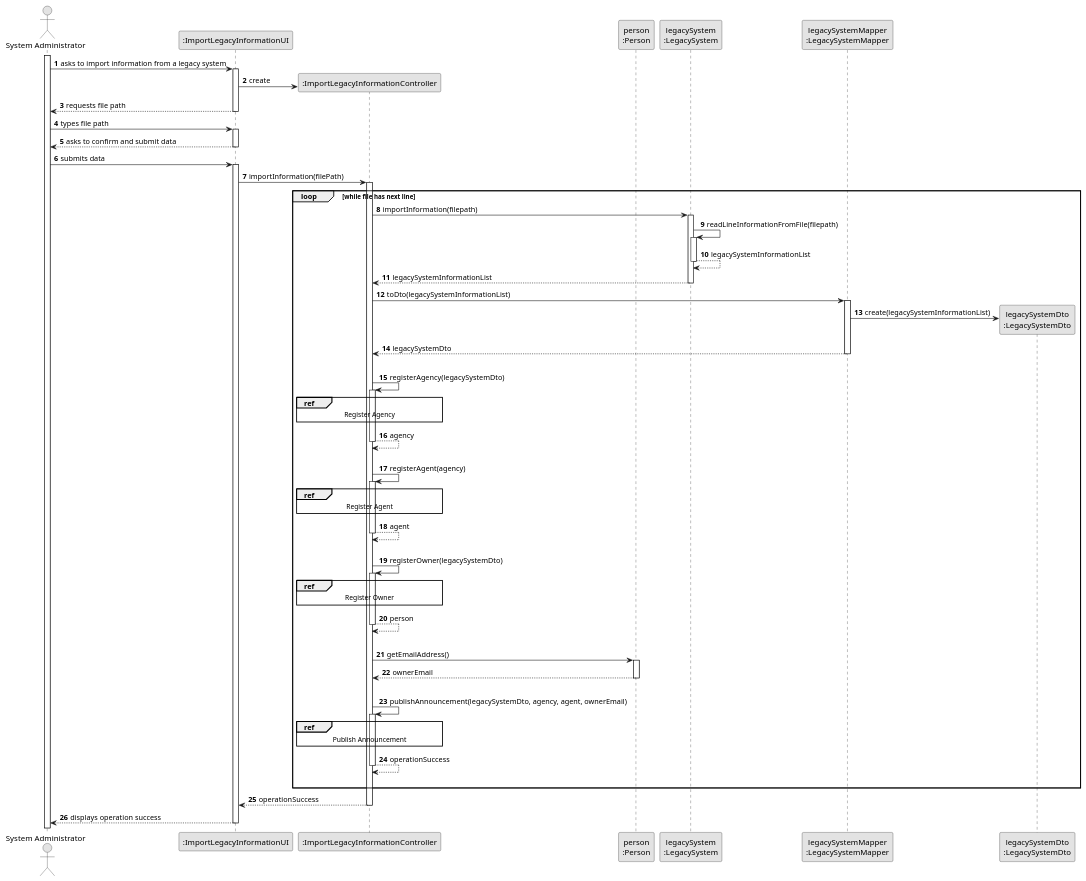
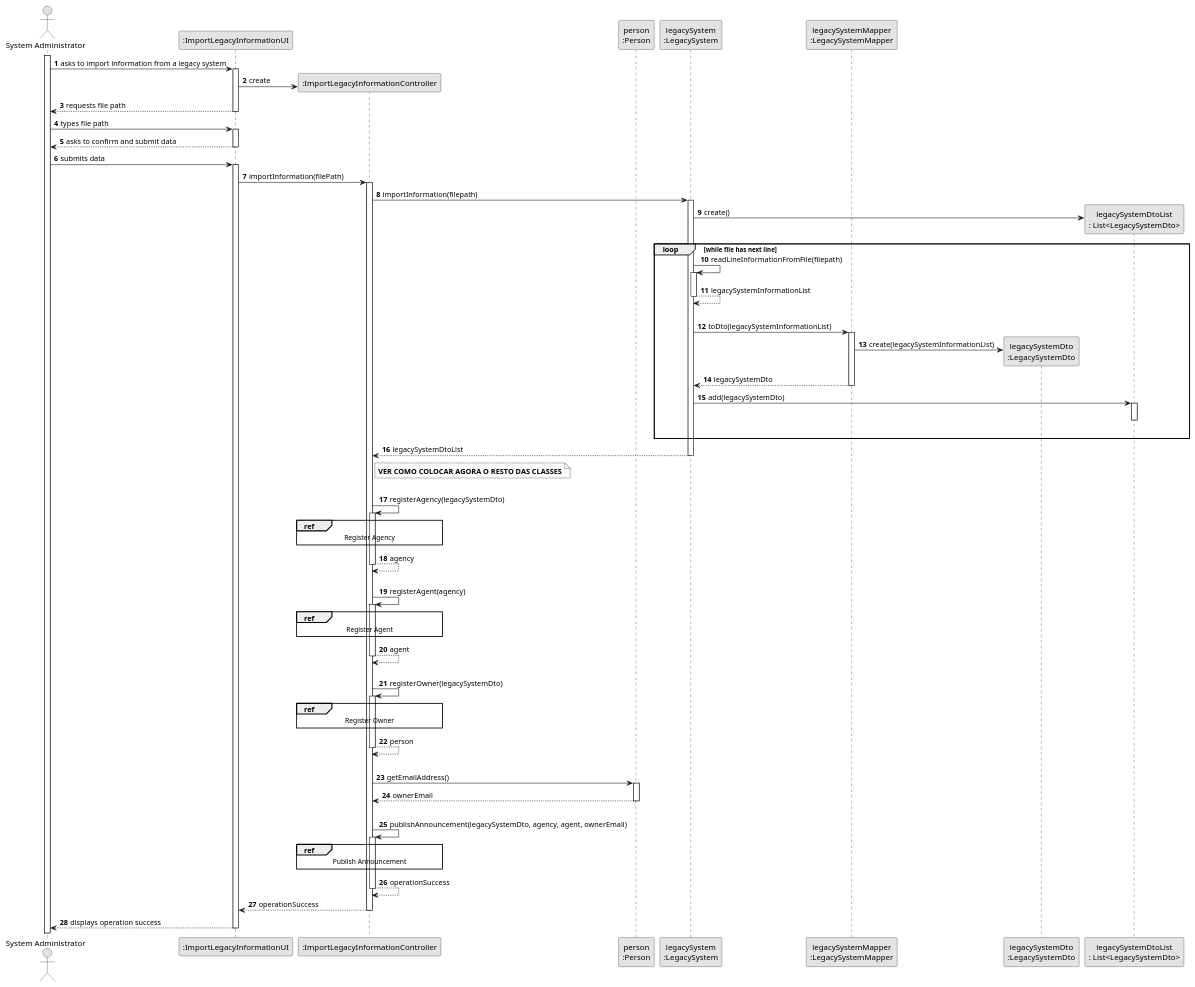
The diagram in docs/sprintC/us012/03.design/puml/us012-sequence-diagram-split.puml (rita-barbosa/LAPR2-2223), drawn with PlantUML before and after one commit.

Commit message:
Update split sequence diagram [US012][Design]

```diff
--- a/docs/sprintC/us012/03.design/puml/us012-sequence-diagram-split.puml
+++ b/docs/sprintC/us012/03.design/puml/us012-sequence-diagram-split.puml
@@ -1,112 +1,125 @@
 @startuml
 skinparam monochrome true
 skinparam packageStyle rectangle
 skinparam shadowing false
 
 autonumber
 
 'hide footbox
 actor "System Administrator" as ADM
 participant ":ImportLegacyInformationUI" as UI
 participant ":ImportLegacyInformationController" as CTRL
 participant "person\n:Person" as PERSON
 participant "legacySystem\n:LegacySystem" as LS
 participant "legacySystemMapper\n:LegacySystemMapper" as LSMapper
 participant "legacySystemDto\n:LegacySystemDto" as LSDto
-
+participant "legacySystemDtoList\n: List<LegacySystemDto>" as LsDtoList
 activate ADM
 
     ADM -> UI : asks to import information from a legacy system
     activate UI
 
     UI -> CTRL**: create
 
     UI --> ADM : requests file path
     deactivate UI
 
     ADM -> UI : types file path
     activate UI
 
     UI --> ADM : asks to confirm and submit data
     deactivate UI
 
     ADM -> UI : submits data
     activate UI
 
     UI -> CTRL: importInformation(filePath)
     activate CTRL
 
-
-    loop while file has next line
-
       CTRL -> LS: importInformation(filepath)
       activate LS
+
+      LS -> LsDtoList**: create()
+
+      loop while file has next line
 
       LS -> LS : readLineInformationFromFile(filepath)
       activate LS
 
       LS --> LS: legacySystemInformationList
       deactivate LS
 
-     CTRL <-- LS : legacySystemInformationList
-      deactivate LS
-
-      CTRL -> LSMapper : toDto(legacySystemInformationList)
+      |||
+      LS -> LSMapper : toDto(legacySystemInformationList)
       activate LSMapper
 
       LSMapper -> LSDto** : create(legacySystemInformationList)
 
-      LSMapper --> CTRL : legacySystemDto
+      LSMapper --> LS : legacySystemDto
       deactivate LSMapper
+
+      LS -> LsDtoList : add(legacySystemDto)
+      activate LsDtoList
+      deactivate LsDtoList
+
+      |||
+       end loop
+
+
+    LS --> CTRL : legacySystemDtoList
+    deactivate LS
+
+         note right CTRL
+                **VER COMO COLOCAR AGORA O RESTO DAS CLASSES**
+         end note
+
 
     |||
     CTRL -> CTRL : registerAgency(legacySystemDto)
     activate CTRL
     ref over CTRL
         Register Agency
     end ref
     CTRL --> CTRL : agency
     deactivate CTRL
     |||
 
     CTRL -> CTRL : registerAgent(agency)
     activate CTRL
     ref over CTRL
         Register Agent
     end ref
     CTRL --> CTRL : agent
     deactivate CTRL
     |||
 
     CTRL -> CTRL : registerOwner(legacySystemDto)
     activate CTRL
     ref over CTRL
         Register Owner
     end ref
     CTRL --> CTRL: person
     deactivate CTRL
     |||
     CTRL -> PERSON : getEmailAddress()
     activate PERSON
 
     PERSON --> CTRL : ownerEmail
     deactivate PERSON
 |||
     CTRL -> CTRL : publishAnnouncement(legacySystemDto, agency, agent, ownerEmail)
     activate CTRL
     ref over CTRL
         Publish Announcement
     end ref
         CTRL --> CTRL : operationSuccess
     deactivate CTRL
 
-|||
-     end loop
 
     CTRL --> UI: operationSuccess
     deactivate CTRL
 
     UI --> ADM : displays operation success
     deactivate UI
 
 @enduml
```
